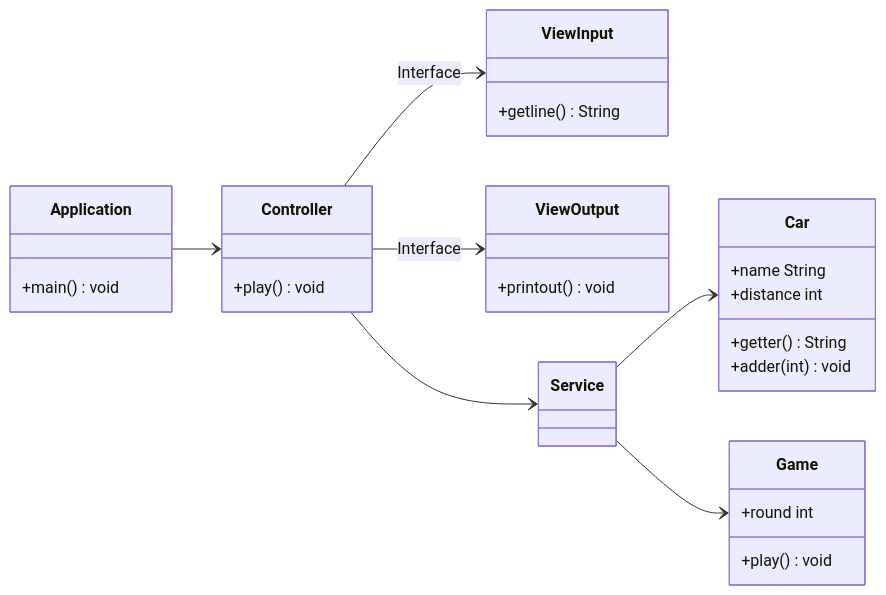
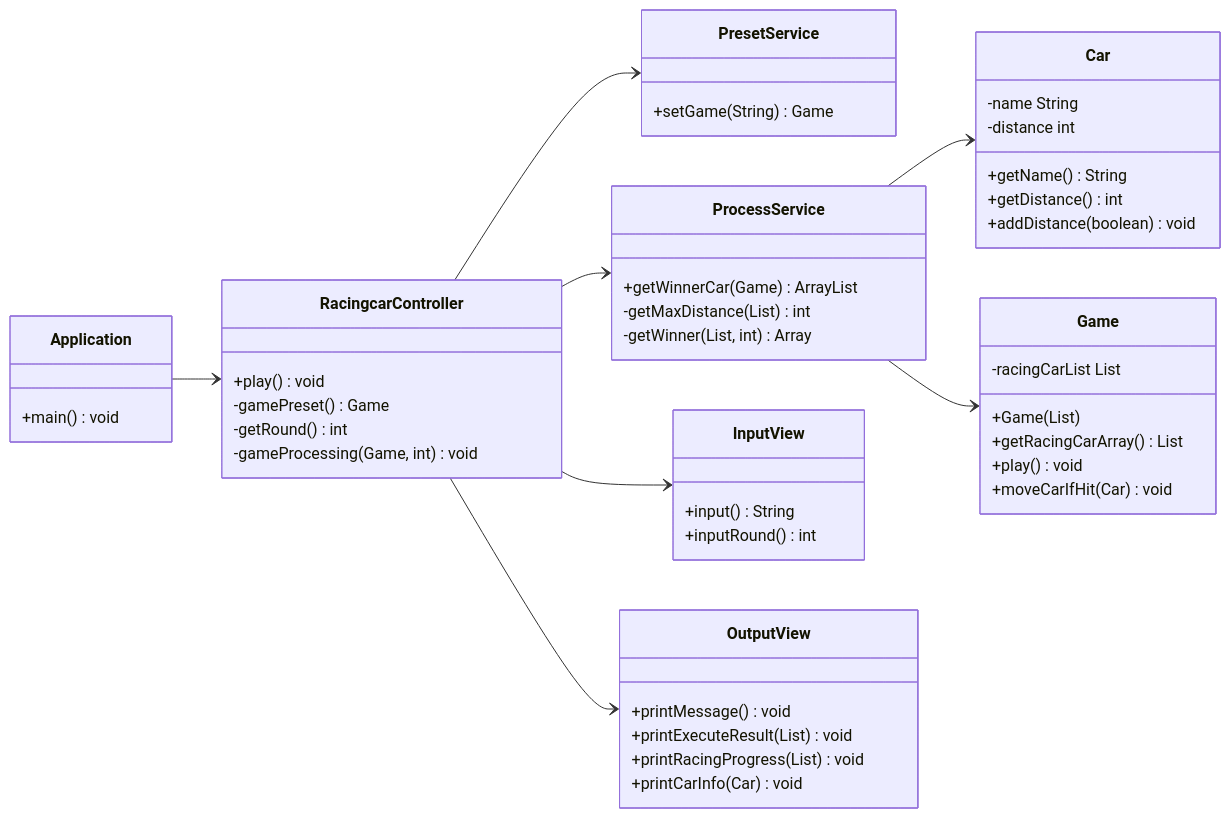
One commit to woowacourse-precourse/java-racingcar-7 changed the diagram in README.md. Above: the diagram before and after it, drawn with Mermaid. The commit also changed other lines of this file, not shown here.

Commit message:
docs(README): 진행상황 반영
- 기능 구현 목록 업데이트
- UML 업데이트

````diff
--- a/README.md
+++ b/README.md
@@ -92,39 +96,65 @@
 ```mermaid
 classDiagram
     direction LR
+	
+	class Application {
+		+main() void
+	}
+	
+	class RacingcarController {
+		+play() void
+		-gamePreset() Game
+		-getRound() int
+		-gameProcessing(Game, int) void
+	}
+	
+	class Car {
+		-name String
+		-distance int
+		+getName() String
+		+getDistance() int
+		+addDistance(boolean) void
+	}
+	
+	class Game {
+		-racingCarList List<Car>
+		+Game(List<Car>)
+		+getRacingCarArray() List<Car>
+		+play() void
+		+moveCarIfHit(Car) void
+	}
+
+	class PresetService {
+		+setGame(String) Game
+	}
+	
+	class ProcessService {
+		+getWinnerCar(Game) ArrayList<Car>
+		-getMaxDistance(List<Car>) int
+		-getWinner(List<Car>, int) Array
+	}
+	
+	class InputView {
+		+input() String
+		+inputRound() int
+	}
+	
+	class OutputView {
+		+printMessage() void
+		+printExecuteResult(List<Car>) void
+		+printRacingProgress(List<Car>) void
+		+printCarInfo(Car) void
+	}
+	
+	
+	
+    Application --> RacingcarController
     
-    class Application {
-        +main() void
-    }
-    
-    class Controller {
-        +play() void
-    }
-    
-    class ViewInput {
-        +getline() String
-    }
-    
-    class ViewOutput {
-        +printout() void
-    }
-    
-    class Car {
-        +name String
-        +distance int
-        +getter() String
-        +adder(int) void
-    }
-    
-    class Game {
-        +round int
-        +play() void
-    }
-    
-    Application --> Controller
-    Controller --> ViewInput : Interface
-    Controller --> ViewOutput : Interface
-    Controller --> Service
-    Service --> Car
-    Service --> Game
+    RacingcarController --> InputView
+    RacingcarController --> OutputView
+    RacingcarController --> PresetService
+    RacingcarController --> ProcessService
+
+    ProcessService --> Car
+    ProcessService --> Game
 ```
````
